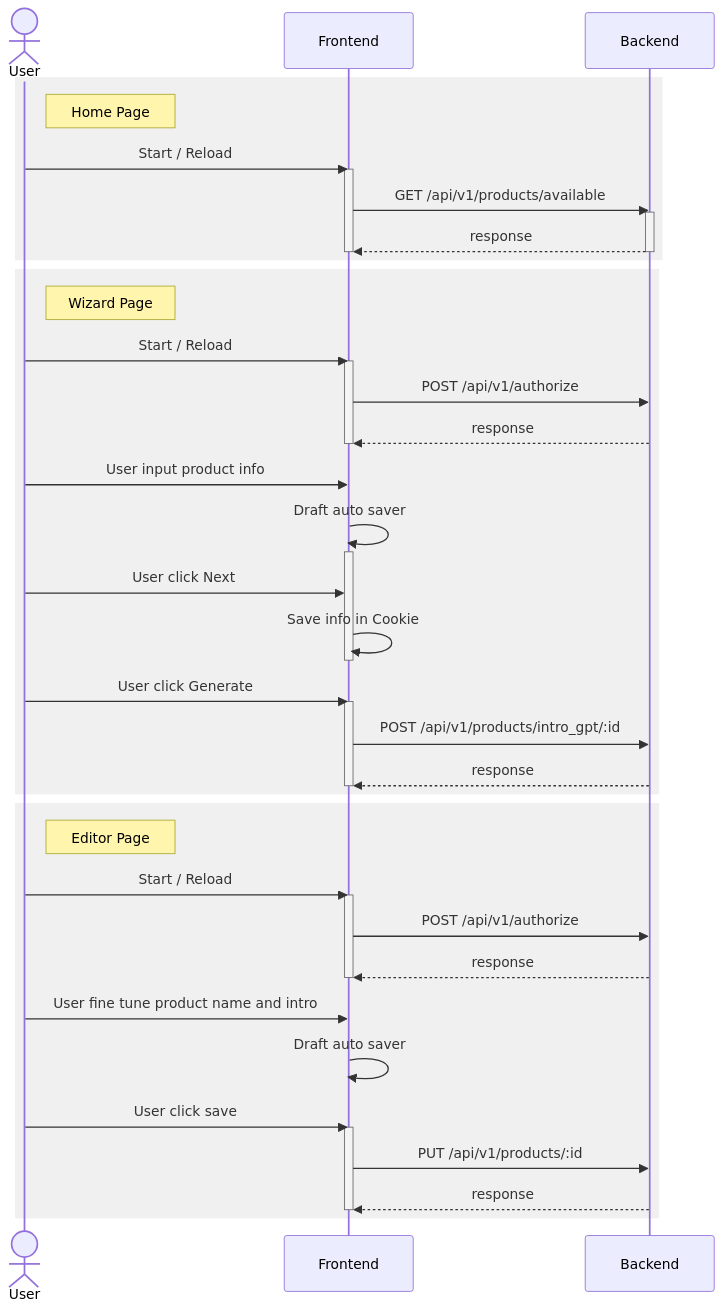
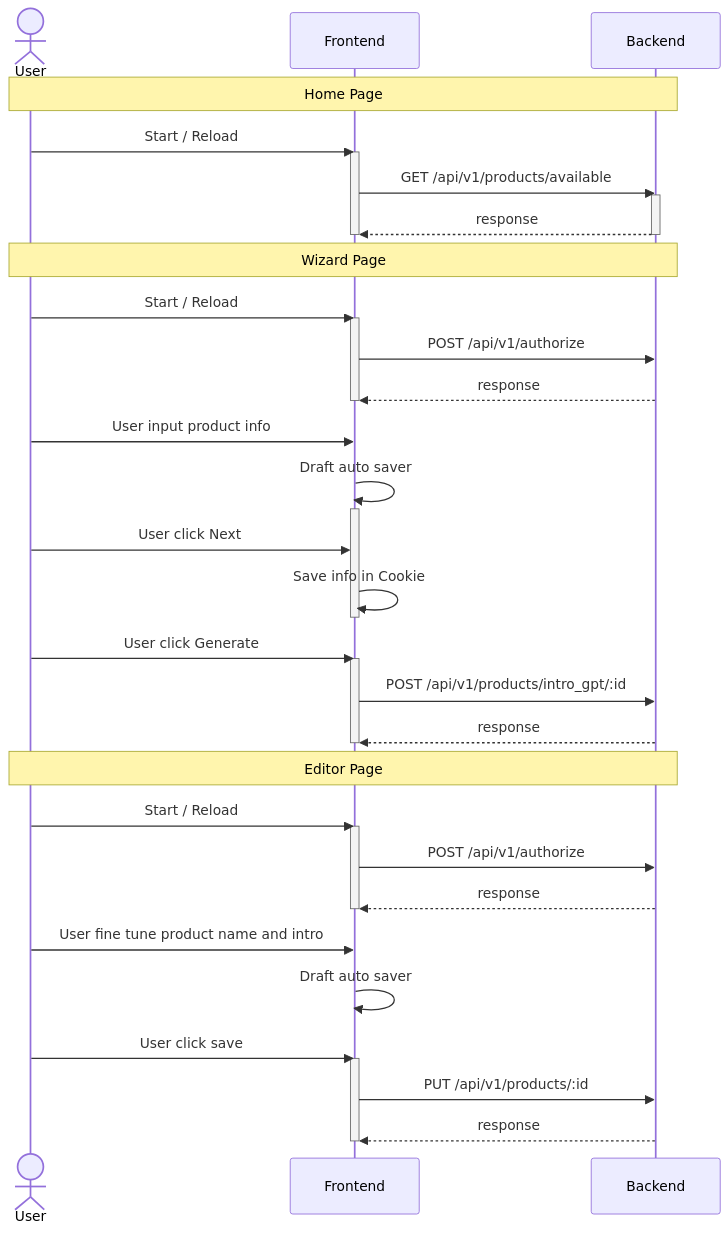
Before and after one commit to dychendavid/brainstorm-web: the diagram in README.md, drawn with Mermaid. The commit also changed other lines of this file, not shown here.

Commit message:
docs: modify env setup part docs: using full width note text to instead of colored rect

````diff
--- a/README.md
+++ b/README.md
@@ -28,54 +32,50 @@
 ```mermaid
 sequenceDiagram
     actor U as User
     participant F as Frontend
     participant B as Backend
 
-    rect rgb(240, 240, 240)
-    Note right of U: Home Page
+    Note over U,B: Home Page
     U->>F: Start / Reload
     activate F
     F->>B: GET /api/v1/products/available
     activate B
     B-->>F: response
     deactivate F
     deactivate B
-    end
 
-    rect rgb(240, 240, 240)
-    Note right of U: Wizard Page
+    Note over U,B: Wizard Page
     U->>F: Start / Reload
     activate F
     F->>B: POST /api/v1/authorize
     B-->>F: response
     deactivate F
     U->>F: User input product info
     F->>F: Draft auto saver
     activate F
     U->>F: User click Next
     F->>F: Save info in Cookie
     deactivate F
     U->>F: User click Generate
     activate F
     F->>B: POST /api/v1/products/intro_gpt/:id
     B-->>F: response
     deactivate F
-    end
 
-    rect rgb(240, 240, 240)
-    Note right of U: Editor Page
+    Note over U,B: Editor Page
     U->>F: Start / Reload
     activate F
     F->>B: POST /api/v1/authorize
     B-->>F: response
     deactivate F
 
     U->>F: User fine tune product name and intro
     F->>F: Draft auto saver
     U->>F: User click save
     activate F
     F->>B: PUT /api/v1/products/:id
     B-->>F: response
     deactivate F
-    end
+
+
 ```
````
